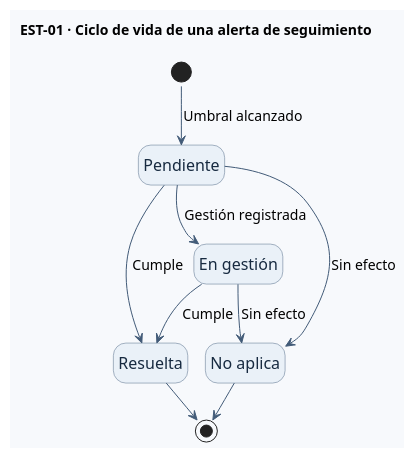
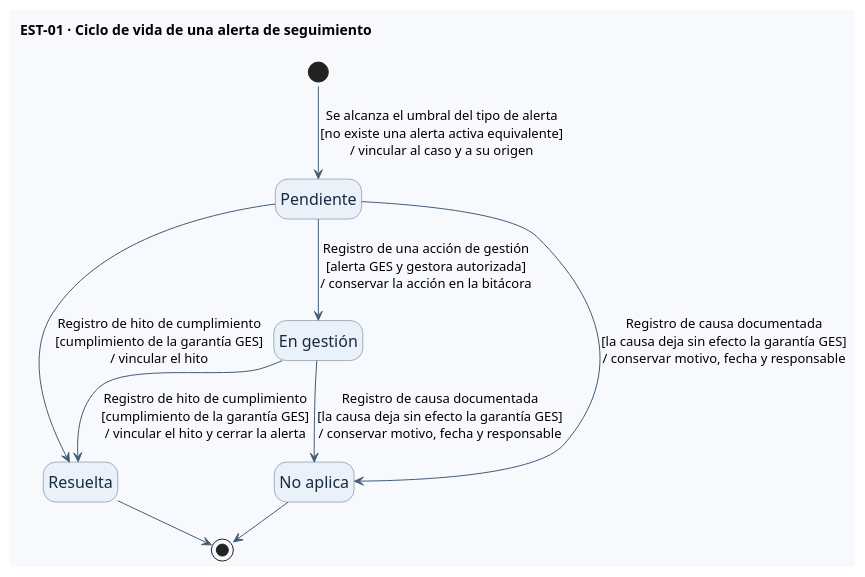
Before and after one commit to br1fz/OncoTrace: the first of 2 diagrams in diagramas/estados-objetos.puml, drawn with PlantUML. The commit also changed other lines of this file and 5 other files, not shown here.

```diff
--- a/diagramas/estados-objetos.puml
+++ b/diagramas/estados-objetos.puml
@@ -2,33 +3,33 @@
 @startuml EST-01-AlertaSeguimiento
 !pragma layout smetana
 top to bottom direction
 hide empty description
 skinparam shadowing false
 skinparam backgroundColor #F7F9FC
 skinparam defaultFontName SansSerif
 skinparam stateFontSize 16
-skinparam stateArrowFontSize 14
+skinparam stateArrowFontSize 13
 skinparam state {
   BackgroundColor #EAF1F8
   BorderColor #526B87
   FontColor #172A40
   ArrowColor #425B78
   StartColor #526B87
   EndColor #526B87
 }
 title EST-01 · Ciclo de vida de una alerta de seguimiento
 
-[*] --> Pendiente : Umbral alcanzado
+[*] --> Pendiente : Se alcanza el umbral del tipo de alerta\n[no existe una alerta activa equivalente]\n/ vincular al caso y a su origen
 state "Pendiente" as Pendiente
 state "En gestión" as EnGestion
 state "Resuelta" as Resuelta
 state "No aplica" as NoAplica
 
-Pendiente --> EnGestion : Gestión registrada
-Pendiente --> Resuelta : Cumple
-EnGestion --> Resuelta : Cumple
-Pendiente --> NoAplica : Sin efecto
-EnGestion --> NoAplica : Sin efecto
+Pendiente --> EnGestion : Registro de una acción de gestión\n[alerta GES y gestora autorizada]\n/ conservar la acción en la bitácora
+Pendiente --> Resuelta : Registro de hito de cumplimiento\n[cumplimiento de la garantía GES]\n/ vincular el hito
+EnGestion --> Resuelta : Registro de hito de cumplimiento\n[cumplimiento de la garantía GES]\n/ vincular el hito y cerrar la alerta
+Pendiente --> NoAplica : Registro de causa documentada\n[la causa deja sin efecto la garantía GES]\n/ conservar motivo, fecha y responsable
+EnGestion --> NoAplica : Registro de causa documentada\n[la causa deja sin efecto la garantía GES]\n/ conservar motivo, fecha y responsable
 Resuelta --> [*]
 NoAplica --> [*]
 @enduml
```
